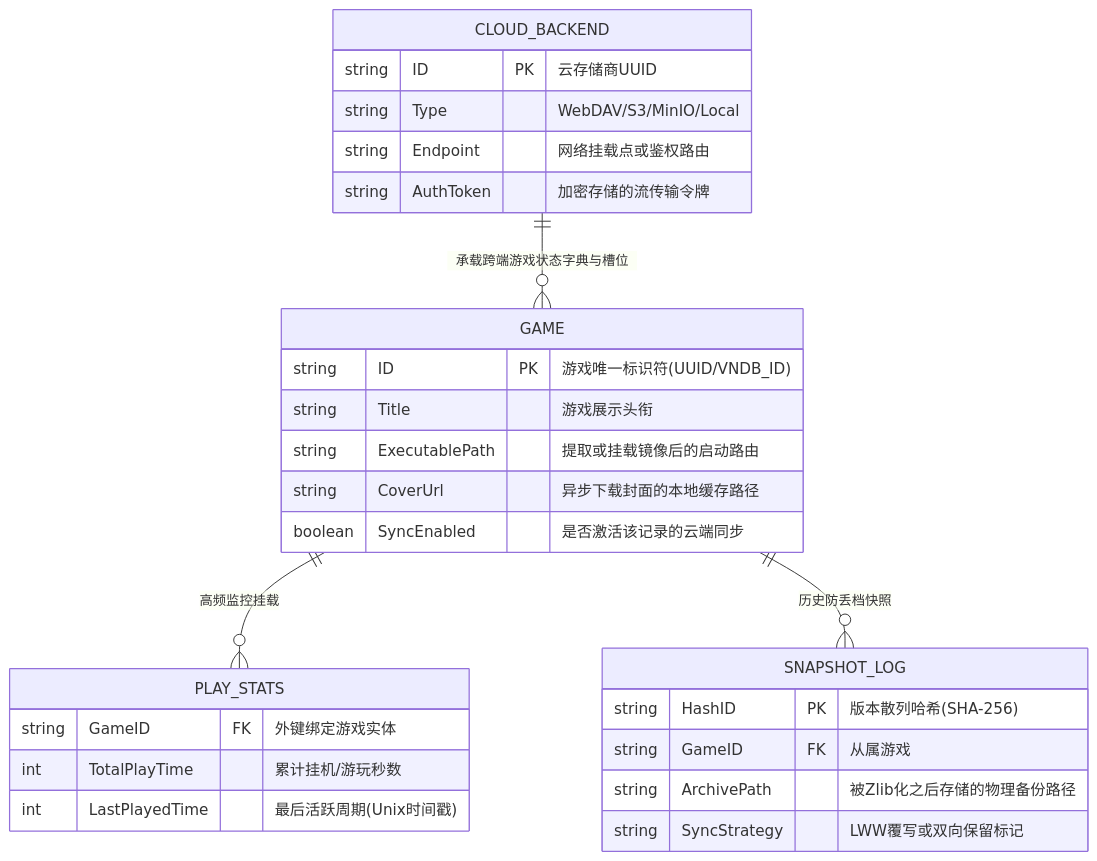
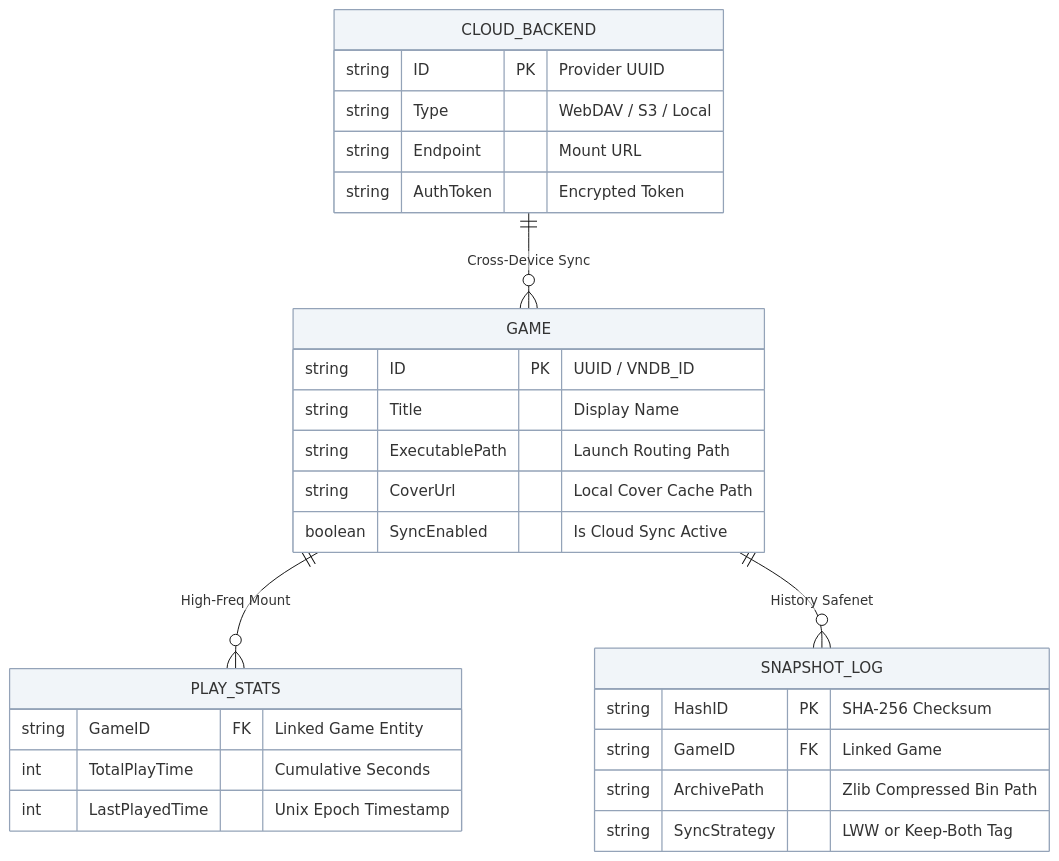
One commit to Roxy-DD/galremote changed the fifth of 5 diagrams in thesis/chapter4/system_design.md. Above: the diagram before and after it, drawn with Mermaid. The commit also changed other lines of this file and 1 other file, not shown here.

Commit message:
style(thesis): refactor all diagrams to top-tier academic English flat style

````diff
--- a/thesis/chapter4/system_design.md
+++ b/thesis/chapter4/system_design.md
@@ -152,31 +163,32 @@
 ```mermaid
+%%{init: {'theme': 'base', 'themeVariables': { 'fontFamily': 'arial', 'primaryColor': '#F1F5F9', 'primaryBorderColor': '#94A3B8'}}}%%
 erDiagram
     GAME {
-        string ID PK "游戏唯一标识符(UUID/VNDB_ID)"
-        string Title "游戏展示头衔"
-        string ExecutablePath "提取或挂载镜像后的启动路由"
-        string CoverUrl "异步下载封面的本地缓存路径"
-        boolean SyncEnabled "是否激活该记录的云端同步"
+        string ID PK "UUID / VNDB_ID"
+        string Title "Display Name"
+        string ExecutablePath "Launch Routing Path"
+        string CoverUrl "Local Cover Cache Path"
+        boolean SyncEnabled "Is Cloud Sync Active"
     }
     PLAY_STATS {
-        string GameID FK "外键绑定游戏实体"
-        int TotalPlayTime "累计挂机/游玩秒数"
-        int LastPlayedTime "最后活跃周期(Unix时间戳)"
+        string GameID FK "Linked Game Entity"
+        int TotalPlayTime "Cumulative Seconds"
+        int LastPlayedTime "Unix Epoch Timestamp"
     }
     CLOUD_BACKEND {
-        string ID PK "云存储商UUID"
-        string Type "WebDAV/S3/MinIO/Local"
-        string Endpoint "网络挂载点或鉴权路由"
-        string AuthToken "加密存储的流传输令牌"
+        string ID PK "Provider UUID"
+        string Type "WebDAV / S3 / Local"
+        string Endpoint "Mount URL"
+        string AuthToken "Encrypted Token"
     }
     SNAPSHOT_LOG {
-        string HashID PK "版本散列哈希(SHA-256)"
-        string GameID FK "从属游戏"
-        string ArchivePath "被Zlib化之后存储的物理备份路径"
-        string SyncStrategy "LWW覆写或双向保留标记"
+        string HashID PK "SHA-256 Checksum"
+        string GameID FK "Linked Game"
+        string ArchivePath "Zlib Compressed Bin Path"
+        string SyncStrategy "LWW or Keep-Both Tag"
     }
 
-    GAME ||--o{ PLAY_STATS : "高频监控挂载"
-    GAME ||--o{ SNAPSHOT_LOG : "历史防丢档快照"
-    CLOUD_BACKEND ||--o{ GAME : "承载跨端游戏状态字典与槽位"
+    GAME ||--o{ PLAY_STATS : "High-Freq Mount"
+    GAME ||--o{ SNAPSHOT_LOG : "History Safenet"
+    CLOUD_BACKEND ||--o{ GAME : "Cross-Device Sync"
 ```
````
